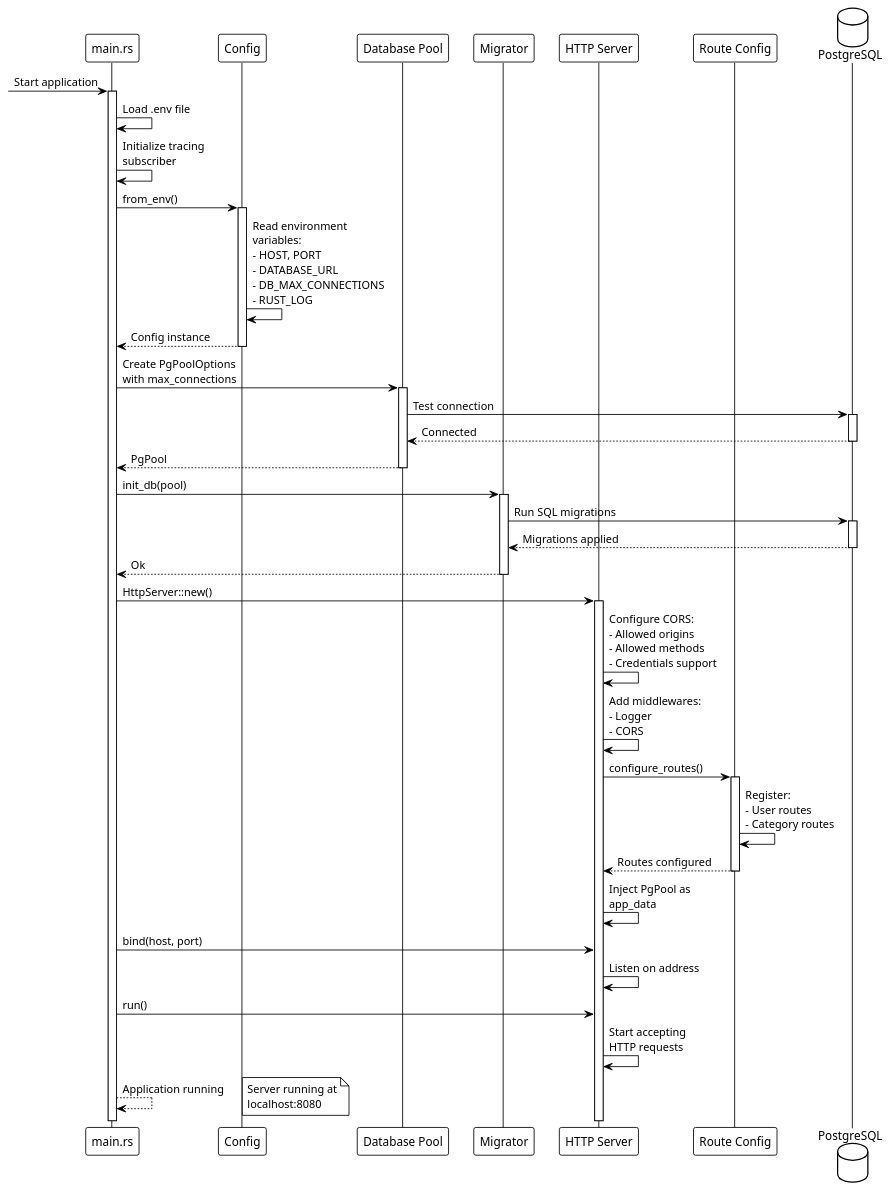
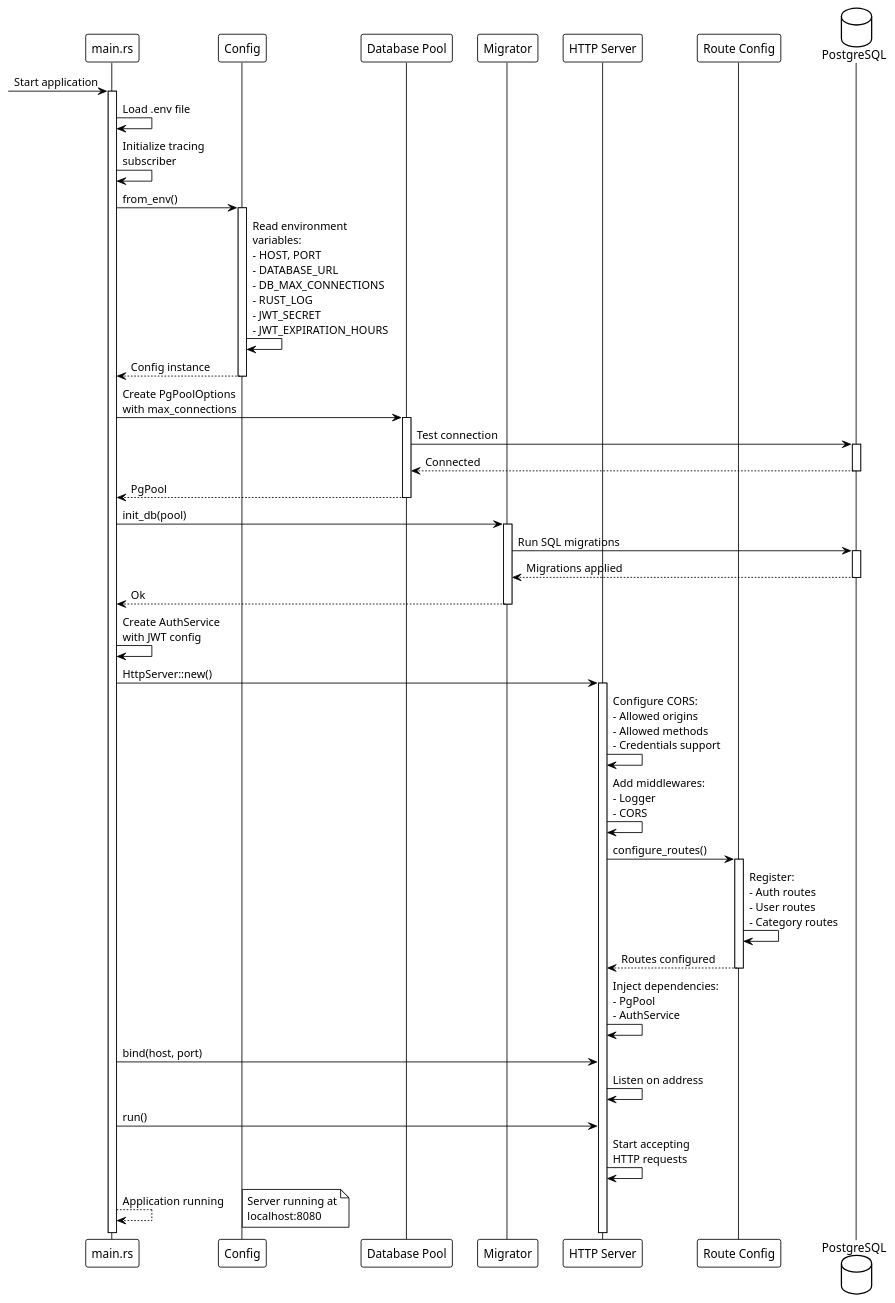
Before and after one commit to Borelli-7/finGest-rs: diagram 14 of 15 in docs/money_manager_architecture.md, drawn with PlantUML. The commit also changed other lines of this file and 2 other files, not shown here.

First line of the commit message:
Add authentication service documentation and update architecture diagrams

````diff
--- a/docs/money_manager_architecture.md
+++ b/docs/money_manager_architecture.md
@@ -671,68 +1037,70 @@
 ```plantuml
 @startuml Application Startup Sequence
 !theme plain
 participant "main.rs" as Main
 participant "Config" as Config
 participant "Database Pool" as Pool
 participant "Migrator" as Migrator
 participant "HTTP Server" as Server
 participant "Route Config" as Routes
 database "PostgreSQL" as DB
 
 -> Main: Start application
 activate Main
 
 Main -> Main: Load .env file
 
 Main -> Main: Initialize tracing\nsubscriber
 
 Main -> Config: from_env()
 activate Config
-Config -> Config: Read environment\nvariables:\n- HOST, PORT\n- DATABASE_URL\n- DB_MAX_CONNECTIONS\n- RUST_LOG
+Config -> Config: Read environment\nvariables:\n- HOST, PORT\n- DATABASE_URL\n- DB_MAX_CONNECTIONS\n- RUST_LOG\n- JWT_SECRET\n- JWT_EXPIRATION_HOURS
 Config --> Main: Config instance
 deactivate Config
 
 Main -> Pool: Create PgPoolOptions\nwith max_connections
 activate Pool
 Pool -> DB: Test connection
 activate DB
 DB --> Pool: Connected
 deactivate DB
 Pool --> Main: PgPool
 deactivate Pool
 
 Main -> Migrator: init_db(pool)
 activate Migrator
 Migrator -> DB: Run SQL migrations
 activate DB
 DB --> Migrator: Migrations applied
 deactivate DB
 Migrator --> Main: Ok
 deactivate Migrator
 
+Main -> Main: Create AuthService\nwith JWT config
+
 Main -> Server: HttpServer::new()
 activate Server
 
 Server -> Server: Configure CORS:\n- Allowed origins\n- Allowed methods\n- Credentials support
 
 Server -> Server: Add middlewares:\n- Logger\n- CORS
 
 Server -> Routes: configure_routes()
 activate Routes
-Routes -> Routes: Register:\n- User routes\n- Category routes
+Routes -> Routes: Register:\n- Auth routes\n- User routes\n- Category routes
 Routes --> Server: Routes configured
 deactivate Routes
 
-Server -> Server: Inject PgPool as\napp_data
+Server -> Server: Inject dependencies:\n- PgPool\n- AuthService
 
 Main -> Server: bind(host, port)
 Server -> Server: Listen on address
 
 Main -> Server: run()
 Server -> Server: Start accepting\nHTTP requests
 
 Main --> Main: Application running
 note right: Server running at\nlocalhost:8080
 
 @enduml
 ```
````
